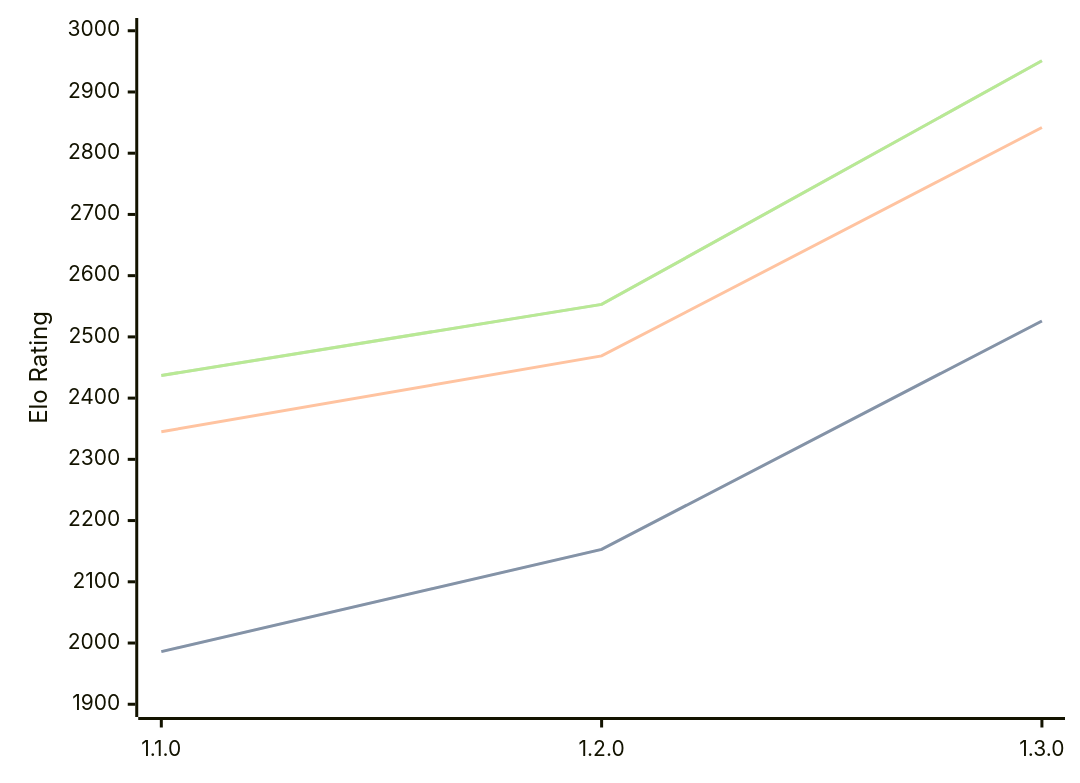
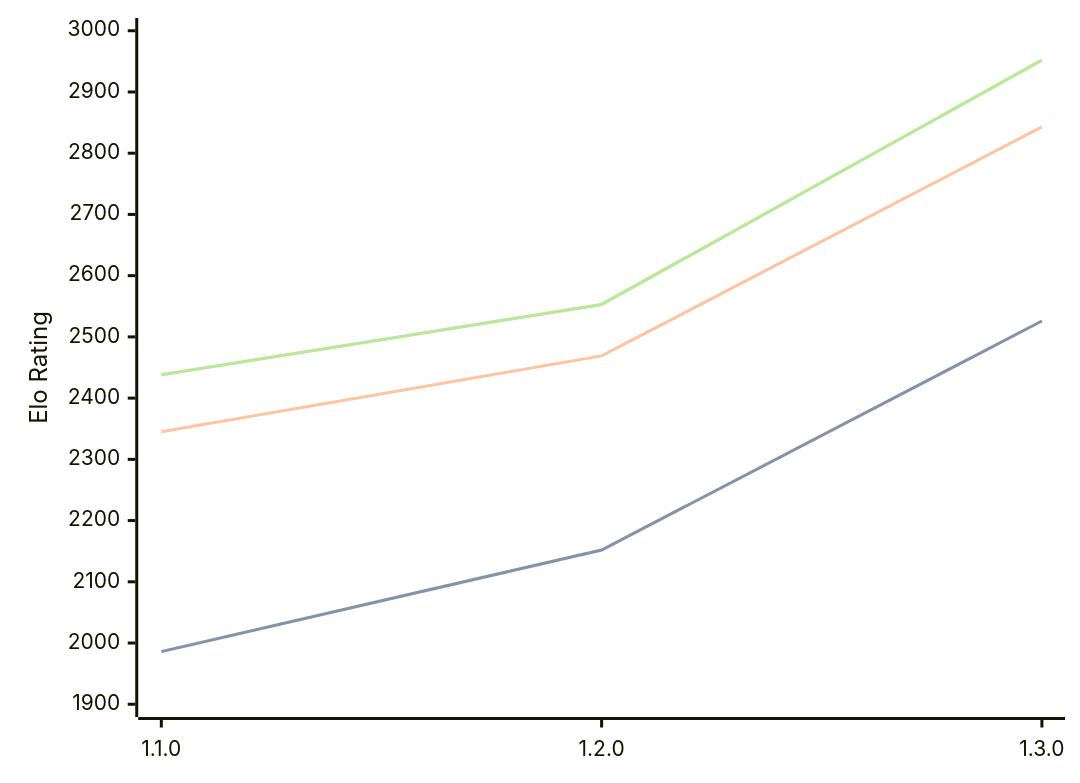
Before and after one commit to computer-chess-index/cci: the diagram in engines/Gyatso.md, drawn with Mermaid. The commit also changed other lines of this file, not shown here.

Commit message:
Update CCI Ratings (ELO VLTC) - 2026-04-10

````diff
--- a/engines/Gyatso.md
+++ b/engines/Gyatso.md
@@ -34,11 +34,11 @@
 ```mermaid
 %%{init: {"theme":"base","themeVariables":{"seriesColors:['#a3a3a3','#222221','#faa371']}}}%%
 xychart-beta
   x-axis ["1.1.0", "1.2.0", "1.3.0"]
   y-axis "Elo Rating" 1900 --> 3000
-  line "STC (8.0+0.08s)" [1986, 2153, 2526]
-  line "STC (8.0+0.08s)" [1986, 2153, 2526]
-  line "LTC (60.0+0.60s)" [2345, 2469, 2842]
-  line "VLTC (2m24s+1.12s)" [2437, 2553, 2951]
-  line "VLTC (2m24s+1.12s)" [2437, 2553, 2951]
+  line "STC (8.0+0.08s)" [1986, 2152, 2526]
+  line "STC (8.0+0.08s)" [1986, 2152, 2526]
+  line "LTC (60.0+0.60s)" [2345, 2469, 2843]
+  line "VLTC (2m24s+1.12s)" [2438, 2553, 2952]
+  line "VLTC (2m24s+1.12s)" [2438, 2553, 2952]
 ```
````
